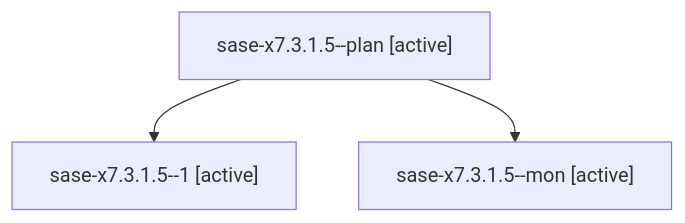
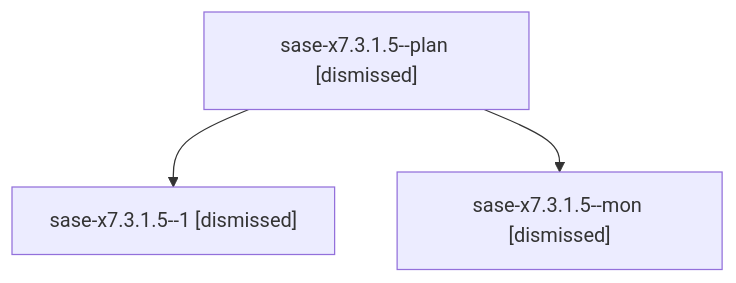
One commit to sase-org/sase--agents changed the diagram in sessions/bbugyi200.athena.sase-x7.3.1.5.md. Above: the diagram before and after it, drawn with Mermaid. The commit also changed other lines of this file and 397 other files, not shown here.

````diff
--- a/sessions/bbugyi200.athena.sase-x7.3.1.5.md
+++ b/sessions/bbugyi200.athena.sase-x7.3.1.5.md
@@ -9,8 +9,8 @@
 ```mermaid
 flowchart TD
-  n0["sase-x7.3.1.5--plan [active]"]
-  n1["sase-x7.3.1.5--1 [active]"]
+  n0["sase-x7.3.1.5--plan [dismissed]"]
+  n1["sase-x7.3.1.5--1 [dismissed]"]
   n0 --> n1
-  n2["sase-x7.3.1.5--mon [active]"]
+  n2["sase-x7.3.1.5--mon [dismissed]"]
   n0 --> n2
 ```
````
